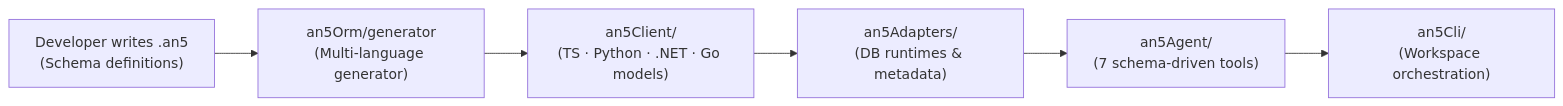
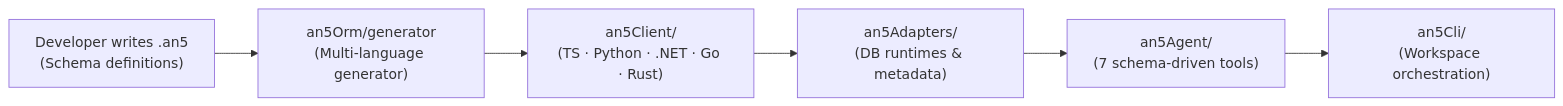
One commit to an5ORM/docs changed the second of 3 diagrams in docs/ARCHITECTURE.md. Above: the diagram before and after it, drawn with Mermaid. The commit also changed other lines of this file and 30 other files, not shown here.

````diff
--- a/docs/ARCHITECTURE.md
+++ b/docs/ARCHITECTURE.md
@@ -49,8 +49,8 @@
 ```mermaid
 flowchart LR
   Dev["Developer writes .an5<br/>(Schema definitions)"] --> Gen["an5Orm/generator<br/>(Multi-language generator)"]
-  Gen --> Client["an5Client/<br/>(TS · Python · .NET · Go models)"]
+  Gen --> Client["an5Client/<br/>(TS · Python · .NET · Go · Rust)"]
   Client --> Adapters["an5Adapters/<br/>(DB runtimes & metadata)"]
   Adapters --> Agent["an5Agent/<br/>(7 schema-driven tools)"]
   Agent --> Cli["an5Cli/<br/>(Workspace orchestration)"]
 ```
````
